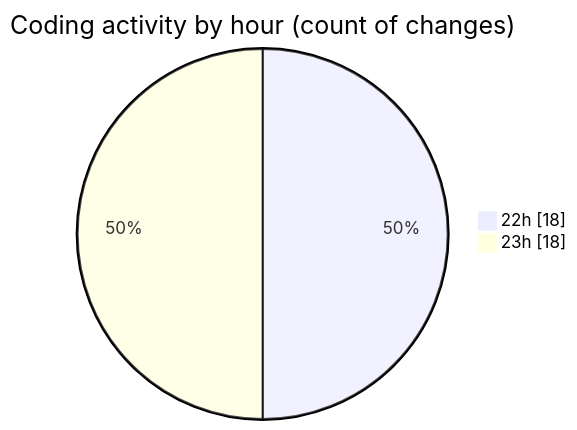
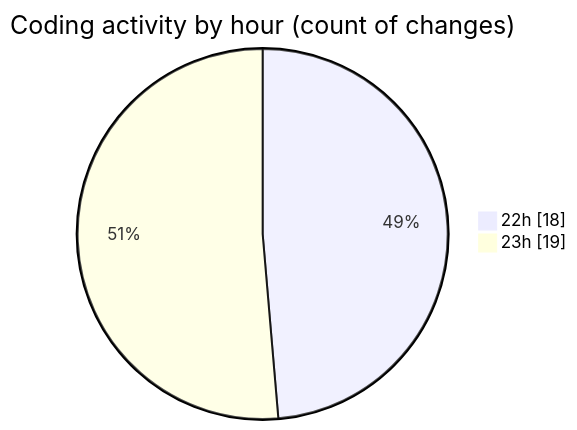
One commit to charlie-sans/code-tracking changed the second of 2 diagrams in 2025-02-18/masm/README.md. Above: the diagram before and after it, drawn with Mermaid. The commit also changed other lines of this file and 1 other file, not shown here.

````diff
--- a/2025-02-18/masm/README.md
+++ b/2025-02-18/masm/README.md
@@ -35,6 +35,6 @@
 ```mermaid
 pie showData
 title Coding activity by hour (count of changes)
 "22h" : 18
-"23h" : 18
+"23h" : 19
 ```
````
